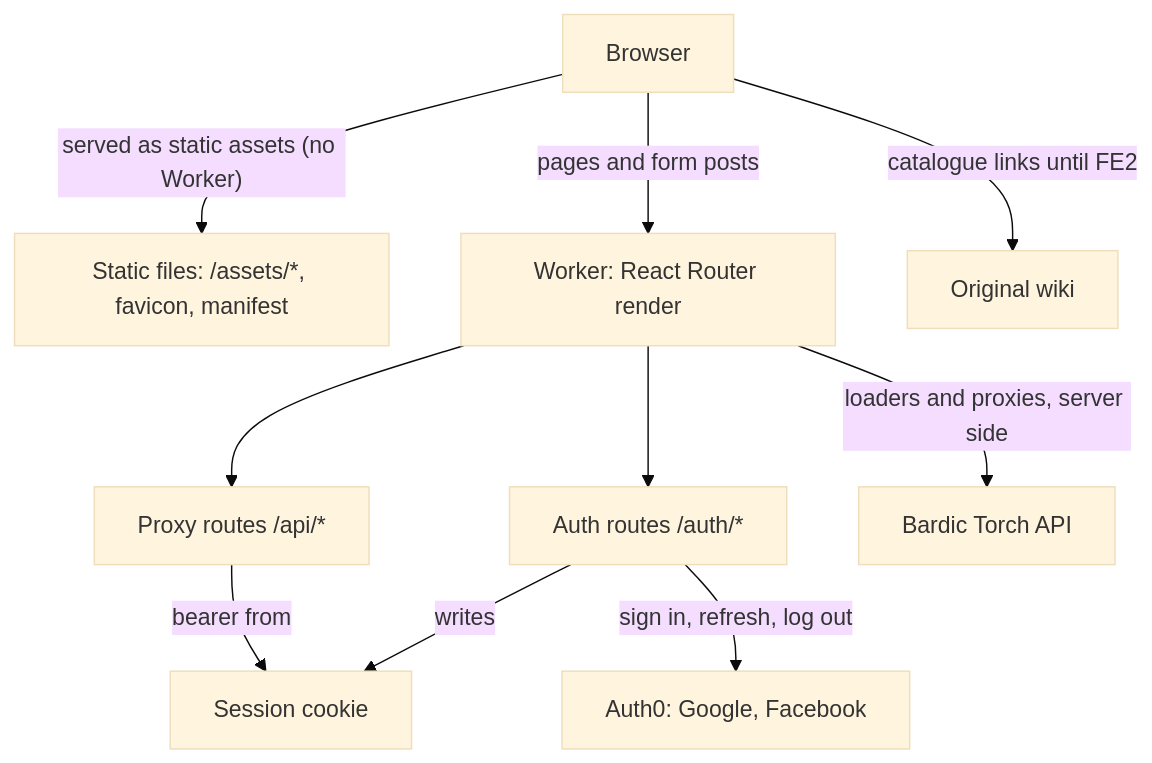
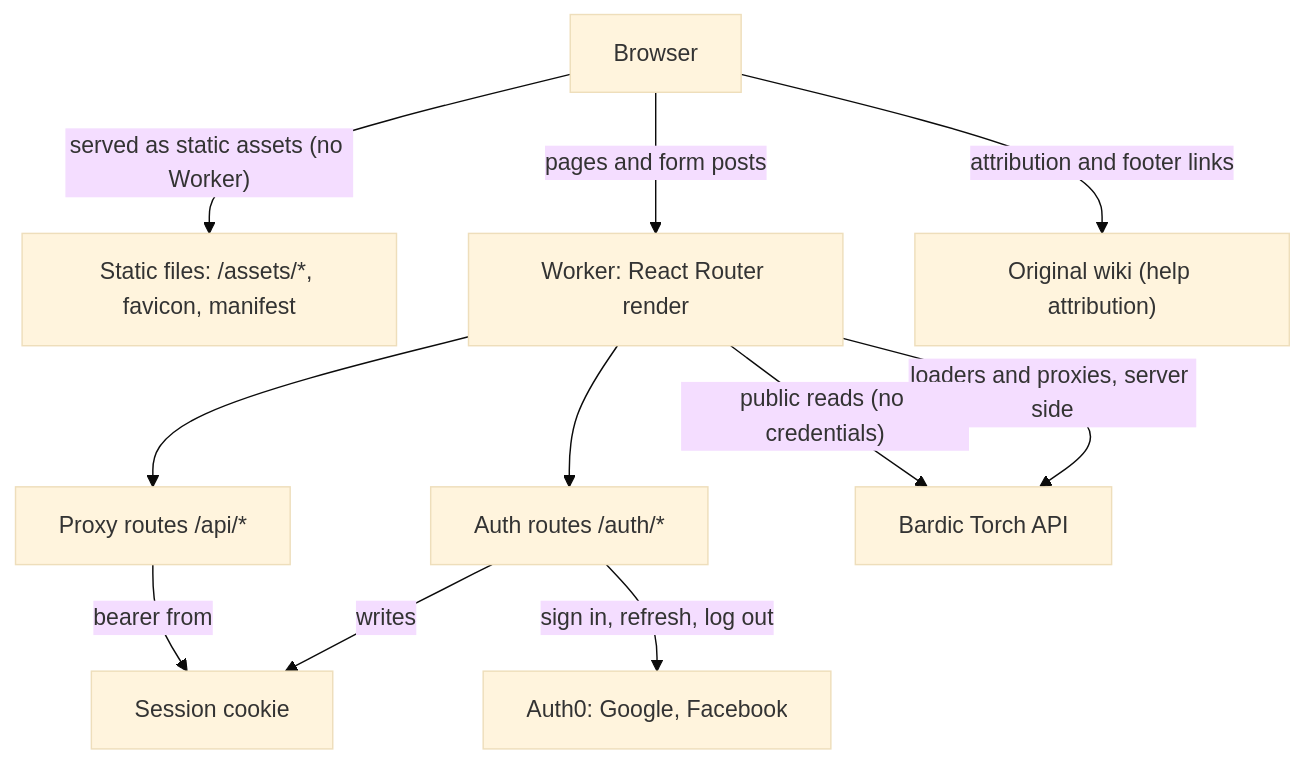
Before and after one commit to jbeshir/bardic-torch-fe: the diagram in README.md, drawn with Mermaid (base theme). The commit also changed other lines of this file and 76 other files, not shown here.

````diff
--- a/README.md
+++ b/README.md
@@ -51,22 +63,23 @@
 ```mermaid
 flowchart TD
     Browser["Browser"]
     Static["Static files: /assets/*, favicon, manifest"]
     Worker["Worker: React Router render"]
     Proxy["Proxy routes /api/*"]
     Auth["Auth routes /auth/*"]
     Session["Session cookie"]
     Auth0["Auth0: Google, Facebook"]
     API["Bardic Torch API"]
-    Wiki["Original wiki"]
+    Wiki["Original wiki (help attribution)"]
 
     Browser -- "served as static assets (no Worker)" --> Static
     Browser -- "pages and form posts" --> Worker
     Worker --> Proxy
     Worker --> Auth
     Auth -- "sign in, refresh, log out" --> Auth0
     Auth -- "writes" --> Session
     Proxy -- "bearer from" --> Session
     Worker -- "loaders and proxies, server side" --> API
-    Browser -- "catalogue links until FE2" --> Wiki
+    Worker -- "public reads (no credentials)" --> API
+    Browser -- "attribution and footer links" --> Wiki
 ```
````
